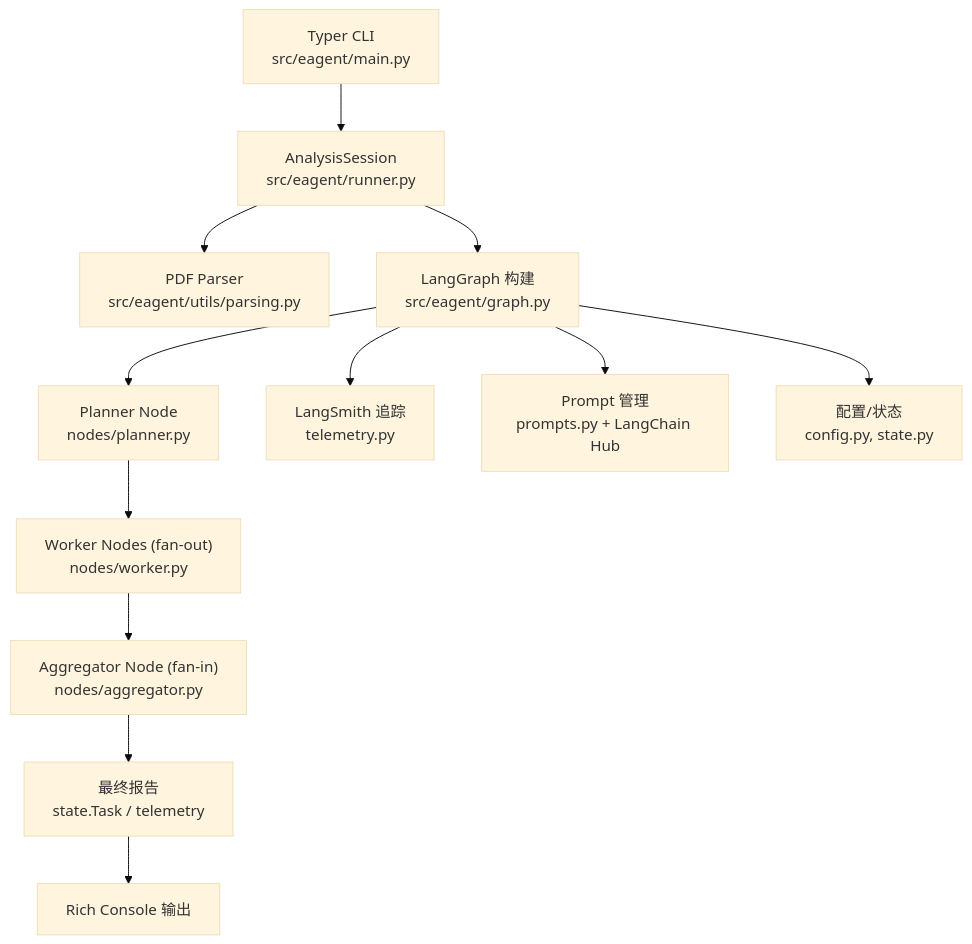
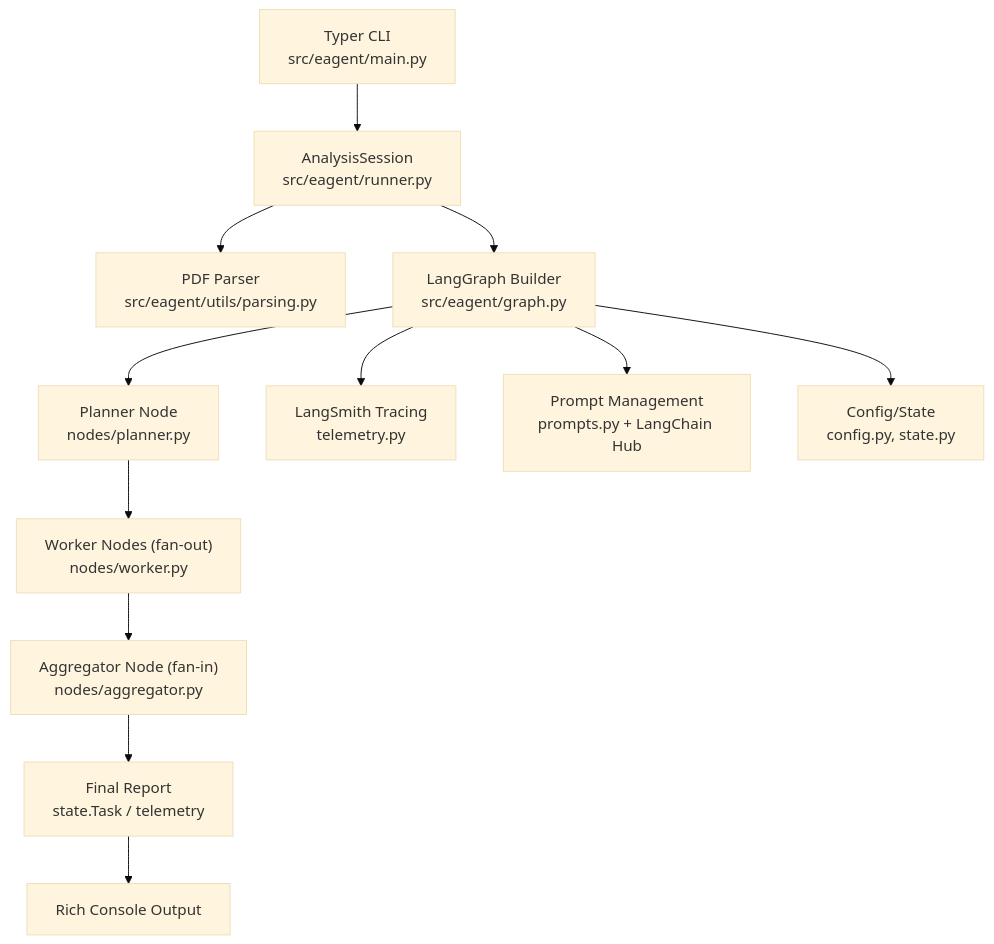
One commit to Younthing/eagent changed the diagram in README.md. Above: the diagram before and after it, drawn with Mermaid (base theme). The commit also changed other lines of this file and 9 other files, not shown here.

````diff
--- a/README.md
+++ b/README.md
@@ -19,14 +19,14 @@
 ```mermaid
 flowchart TD
     CLI["Typer CLI<br/>src/eagent/main.py"] --> Runner["AnalysisSession<br/>src/eagent/runner.py"]
     Runner --> Parser["PDF Parser<br/>src/eagent/utils/parsing.py"]
-    Runner --> Graph["LangGraph 构建<br/>src/eagent/graph.py"]
+    Runner --> Graph["LangGraph Builder<br/>src/eagent/graph.py"]
     Graph --> Planner["Planner Node<br/>nodes/planner.py"]
     Planner --> Workers["Worker Nodes (fan-out)<br/>nodes/worker.py"]
     Workers --> Aggregator["Aggregator Node (fan-in)<br/>nodes/aggregator.py"]
-    Aggregator --> Report["最终报告<br/>state.Task / telemetry"]
-    Report --> Console["Rich Console 输出"]
-    Graph --> Telemetry["LangSmith 追踪<br/>telemetry.py"]
-    Graph --> Prompts["Prompt 管理<br/>prompts.py + LangChain Hub"]
-    Graph --> Config["配置/状态<br/>config.py, state.py"]
+    Aggregator --> Report["Final Report<br/>state.Task / telemetry"]
+    Report --> Console["Rich Console Output"]
+    Graph --> Telemetry["LangSmith Tracing<br/>telemetry.py"]
+    Graph --> Prompts["Prompt Management<br/>prompts.py + LangChain Hub"]
+    Graph --> Config["Config/State<br/>config.py, state.py"]
 ```
````
